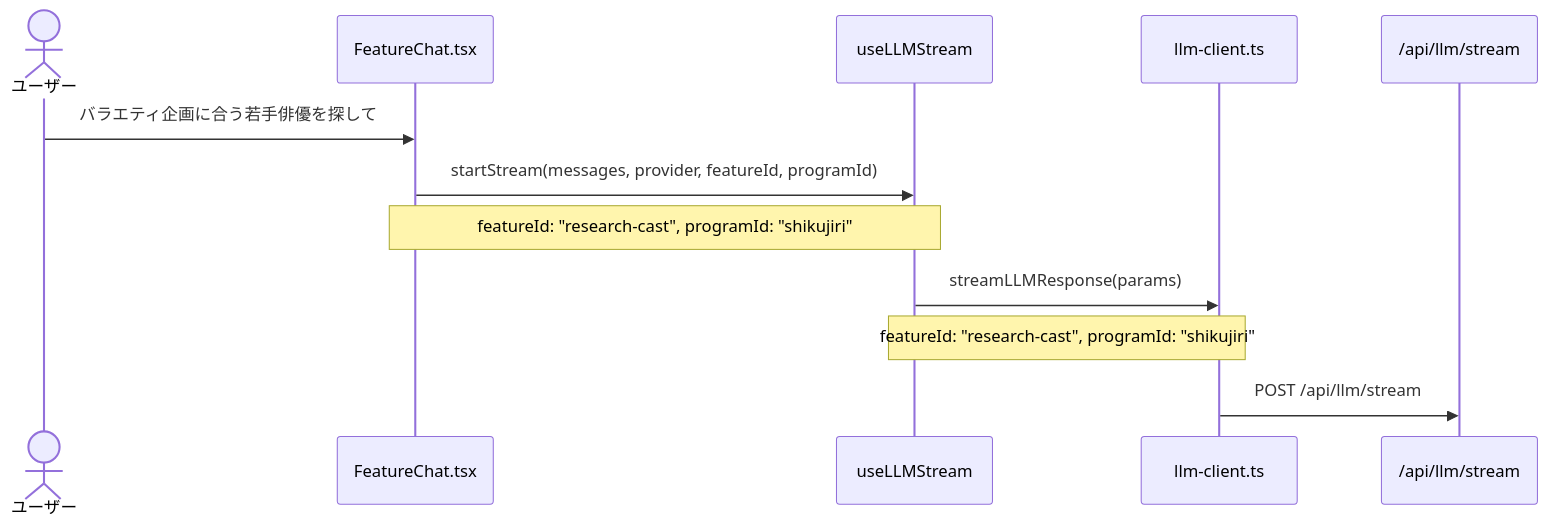
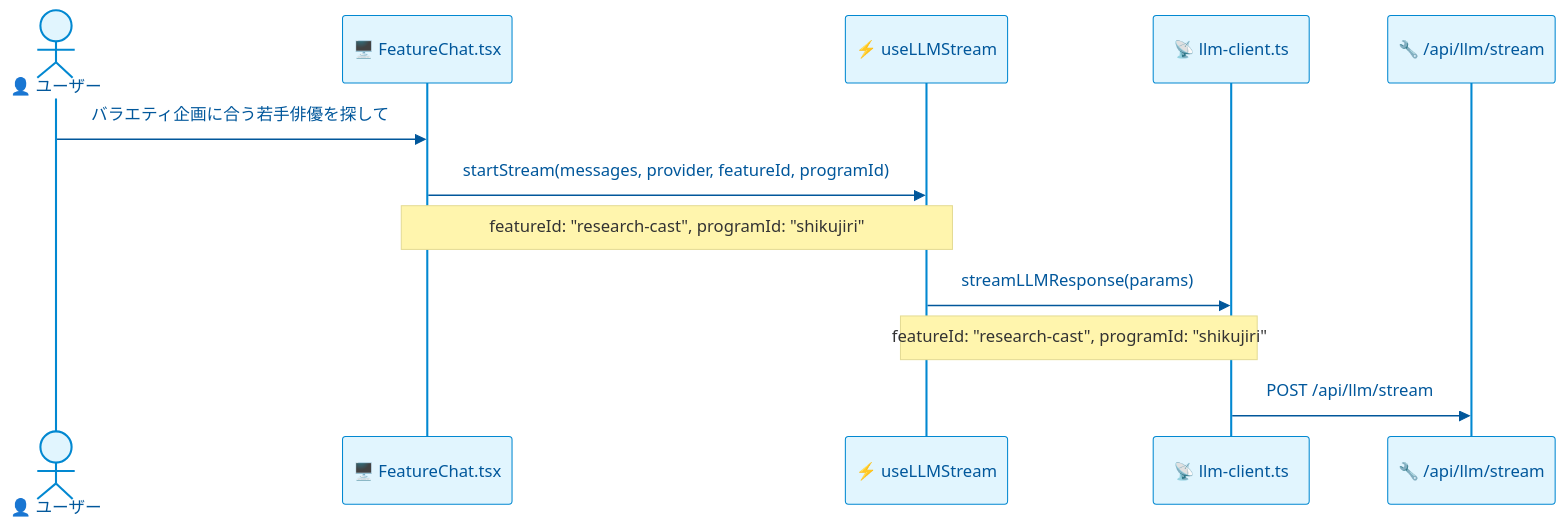
The second of 7 diagrams in docs/specs/api-integration/system-prompt-generation.md (langcore-org/united-productions-web), drawn with Mermaid before and after one commit. The commit also changed other lines of this file, not shown here.

First line of the commit message:
docs: Mermaid図をダークモード対応に改善

````diff
--- a/docs/specs/api-integration/system-prompt-generation.md
+++ b/docs/specs/api-integration/system-prompt-generation.md
@@ -70,15 +71,16 @@
 ```mermaid
+%%{init: {'theme': 'base', 'themeVariables': { 'primaryColor': '#e1f5fe', 'primaryTextColor': '#01579b', 'primaryBorderColor': '#0288d1', 'lineColor': '#0288d1', 'secondaryColor': '#fff3e0', 'tertiaryColor': '#e8f5e9', 'actorBkgColor': '#e1f5fe', 'actorTextColor': '#01579b', 'actorLineColor': '#0288d1', 'background': '#fafafa'}}}%%
 sequenceDiagram
-    actor User as ユーザー
-    participant FC as FeatureChat.tsx
-    participant Hook as useLLMStream
-    participant Client as llm-client.ts
-    participant API as /api/llm/stream
+    actor User as 👤 ユーザー
+    participant FC as 🖥️ FeatureChat.tsx
+    participant Hook as ⚡ useLLMStream
+    participant Client as 📡 llm-client.ts
+    participant API as 🔧 /api/llm/stream
 
     User->>FC: バラエティ企画に合う若手俳優を探して
     FC->>Hook: startStream(messages, provider, featureId, programId)
     Note over FC,Hook: featureId: "research-cast", programId: "shikujiri"
     Hook->>Client: streamLLMResponse(params)
     Note over Hook,Client: featureId: "research-cast", programId: "shikujiri"
     Client->>API: POST /api/llm/stream
 ```
````
